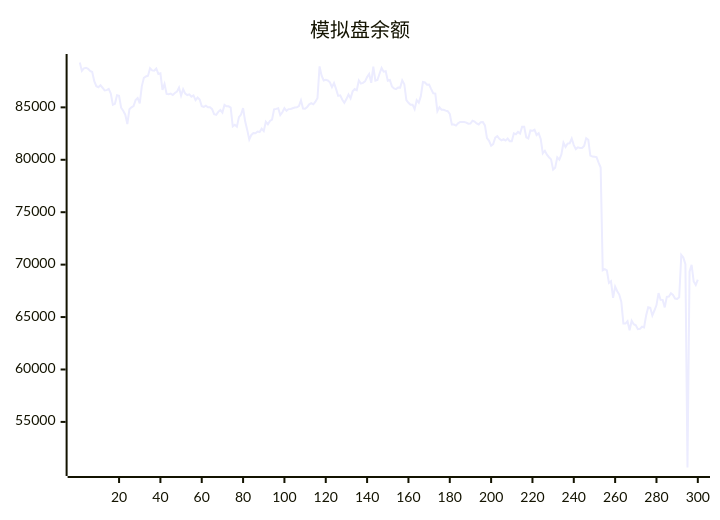
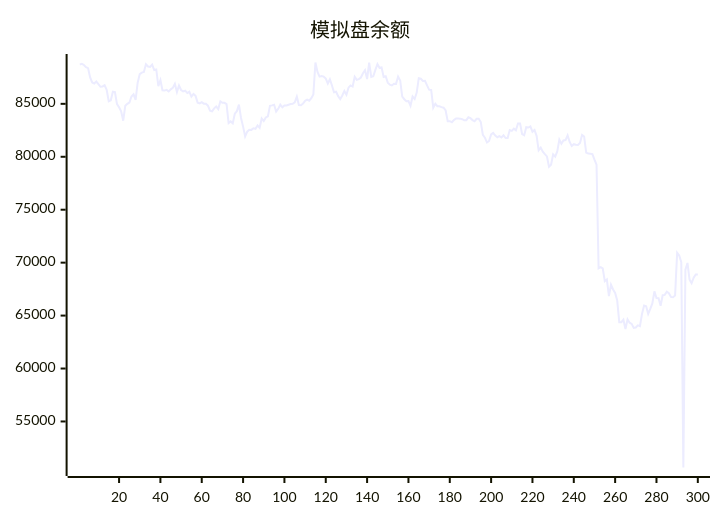
Before and after one commit to aahl/ai-trading: the diagram in README.md, drawn with Mermaid. The commit also changed other lines of this file and 1 other file, not shown here.

````diff
--- a/README.md
+++ b/README.md
@@ -5,5 +5,5 @@
 ```mermaid
 xychart
     title "模拟盘余额"
-    line [89278,88477,88720,88781,88668,88467,88372,87493,87018,86917,87102,86870,86613,86644,86758,86317,85242,85334,86149,86106,84968,84671,84302,83410,84816,85001,85127,85693,85891,85384,87001,87811,87945,88007,88734,88528,88495,88705,88189,88248,86662,87234,86279,86251,86314,86177,86364,86503,86886,86114,86731,86310,86176,86240,86017,86136,85685,85938,85749,85111,85044,85164,85016,85008,84824,84354,84287,84572,84745,84500,85234,85096,85095,84970,83180,83338,83157,84070,84309,84922,83667,82850,81924,82369,82552,82539,82695,82648,82962,82728,83619,83378,83710,83825,84819,84854,84917,84265,84527,84919,84668,84834,84850,84916,84981,85004,85131,85674,84891,84864,85019,85284,85393,85294,85538,85894,88904,88012,87567,87625,87568,87386,86920,87313,86737,86094,86143,85725,85437,85787,86219,85859,86526,86740,86630,87563,87264,87335,87483,87886,88180,87335,88894,87544,87608,88207,88755,88401,88444,87543,87608,87000,86810,86740,86894,86884,87576,87209,85686,85435,85251,85255,84820,85689,85453,86066,87420,87373,87161,87178,86740,86341,86315,84643,85012,84772,84768,84690,84635,84376,83360,83357,83259,83474,83608,83606,83602,83548,83440,83454,83724,83644,83464,83365,83590,83592,83275,82072,81806,81344,81492,82109,82254,82006,81848,81955,81829,82022,81769,81776,82522,82441,82656,82498,83144,83144,82150,82038,82797,82763,82872,82367,82536,81981,80612,80862,80484,80242,80034,79063,79245,80226,80016,80507,81625,81233,81544,81578,82016,81401,81019,81186,81130,81118,81306,82066,81909,80392,80304,80291,80258,79729,79261,69466,69579,69456,68251,68415,66832,67911,67462,67144,66432,64380,64375,64606,63740,64647,64324,64216,63842,63877,64078,64008,65156,65945,65888,65157,65625,66144,67284,66653,66639,65924,66925,66956,67263,67108,66766,66729,66886,70927,70673,70049,50652,69334,69973,68400,68061,68578]
+    line [88720,88781,88668,88467,88372,87493,87018,86917,87102,86870,86613,86644,86758,86317,85242,85334,86149,86106,84968,84671,84302,83410,84816,85001,85127,85693,85891,85384,87001,87811,87945,88007,88734,88528,88495,88705,88189,88248,86662,87234,86279,86251,86314,86177,86364,86503,86886,86114,86731,86310,86176,86240,86017,86136,85685,85938,85749,85111,85044,85164,85016,85008,84824,84354,84287,84572,84745,84500,85234,85096,85095,84970,83180,83338,83157,84070,84309,84922,83667,82850,81924,82369,82552,82539,82695,82648,82962,82728,83619,83378,83710,83825,84819,84854,84917,84265,84527,84919,84668,84834,84850,84916,84981,85004,85131,85674,84891,84864,85019,85284,85393,85294,85538,85894,88904,88012,87567,87625,87568,87386,86920,87313,86737,86094,86143,85725,85437,85787,86219,85859,86526,86740,86630,87563,87264,87335,87483,87886,88180,87335,88894,87544,87608,88207,88755,88401,88444,87543,87608,87000,86810,86740,86894,86884,87576,87209,85686,85435,85251,85255,84820,85689,85453,86066,87420,87373,87161,87178,86740,86341,86315,84643,85012,84772,84768,84690,84635,84376,83360,83357,83259,83474,83608,83606,83602,83548,83440,83454,83724,83644,83464,83365,83590,83592,83275,82072,81806,81344,81492,82109,82254,82006,81848,81955,81829,82022,81769,81776,82522,82441,82656,82498,83144,83144,82150,82038,82797,82763,82872,82367,82536,81981,80612,80862,80484,80242,80034,79063,79245,80226,80016,80507,81625,81233,81544,81578,82016,81401,81019,81186,81130,81118,81306,82066,81909,80392,80304,80291,80258,79729,79261,69466,69579,69456,68251,68415,66832,67911,67462,67144,66432,64380,64375,64606,63740,64647,64324,64216,63842,63877,64078,64008,65156,65945,65888,65157,65625,66144,67284,66653,66639,65924,66925,66956,67263,67108,66766,66729,66886,70927,70673,70049,50652,69334,69973,68400,68061,68578,68876,68879]
 ```
````
